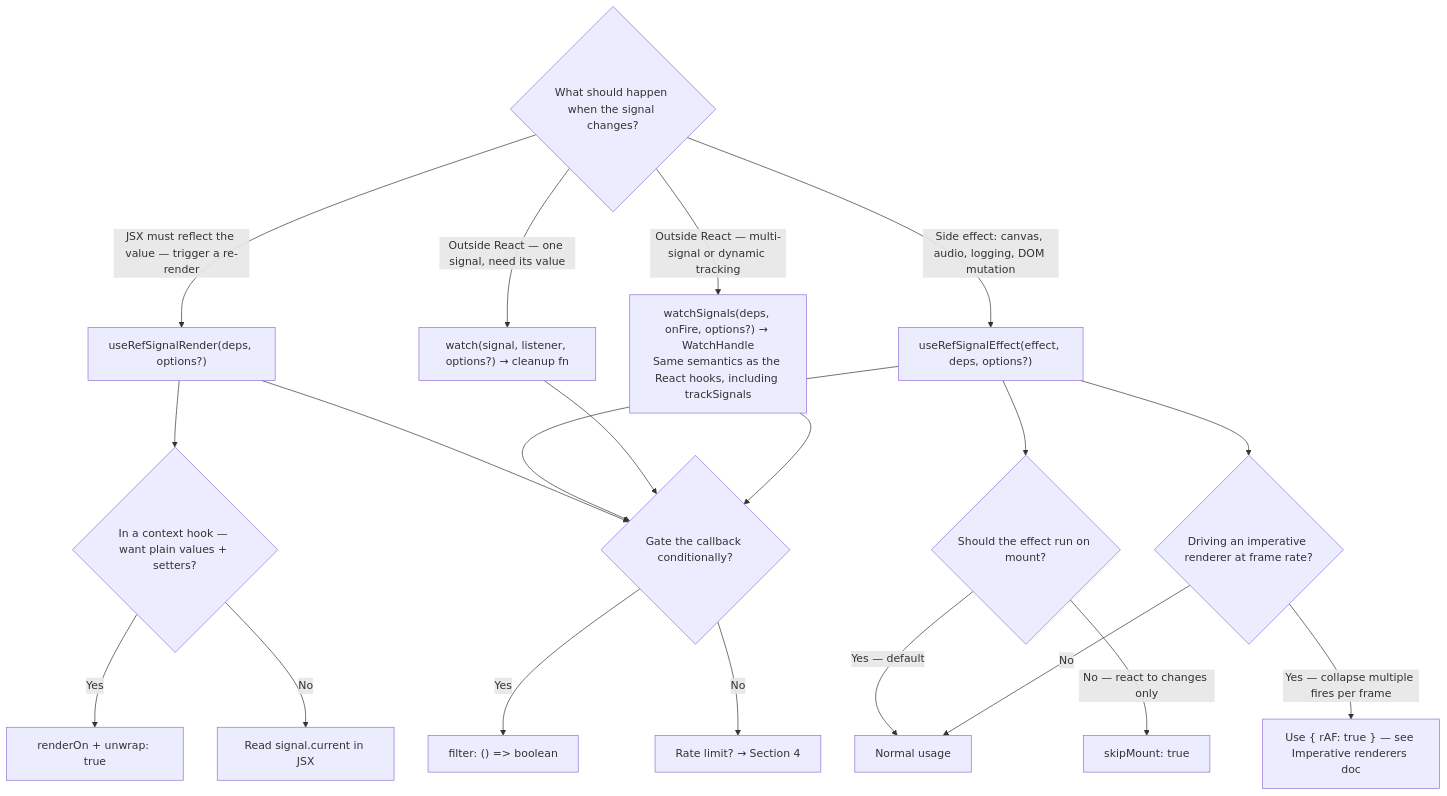
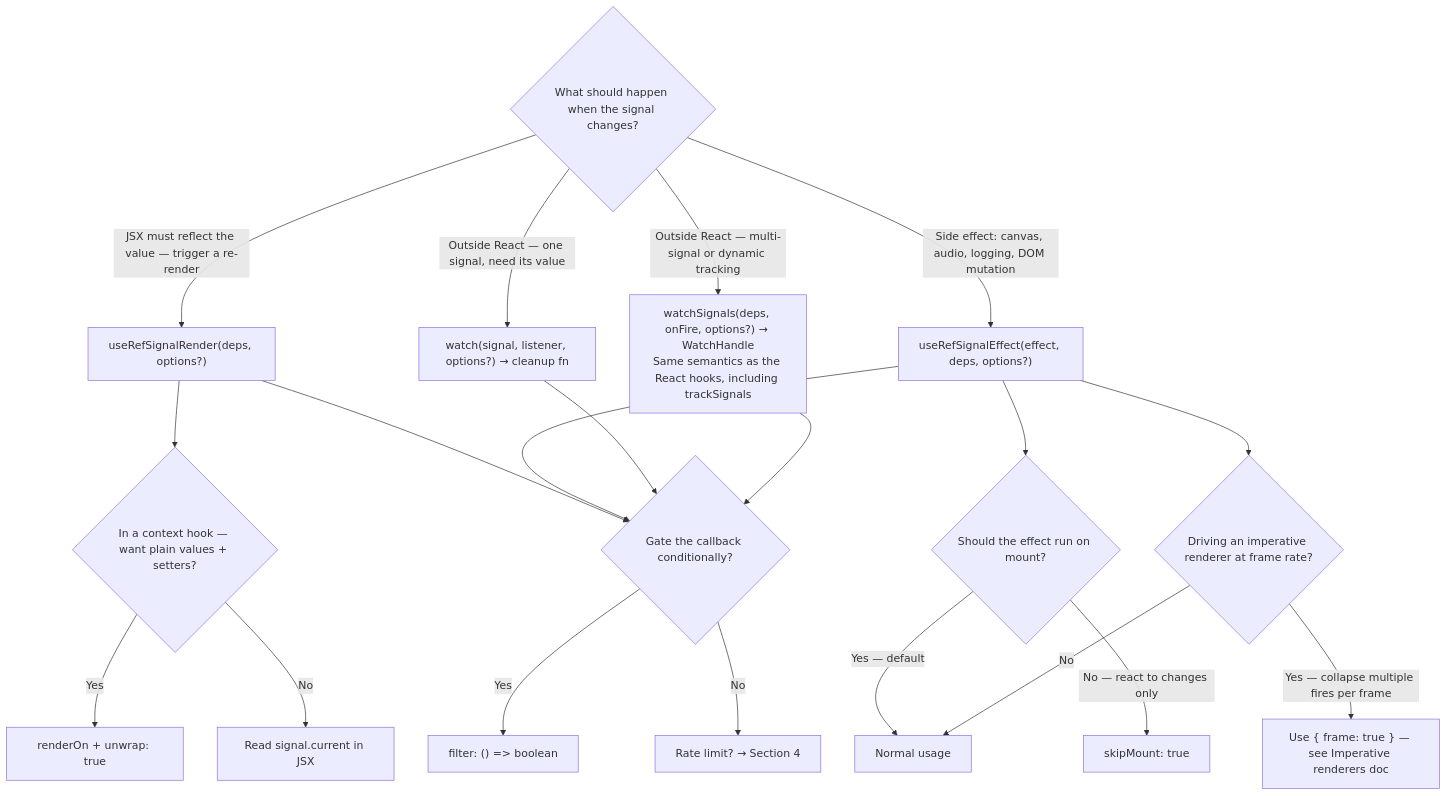
One commit to jav974/react-refsignal changed the third of 12 diagrams in docs/decision-tree.md. Above: the diagram before and after it, drawn with Mermaid. The commit also changed other lines of this file and 25 other files, not shown here.

````diff
--- a/docs/decision-tree.md
+++ b/docs/decision-tree.md
@@ -71,25 +71,25 @@
 ```mermaid
 flowchart TD
     Q1{"What should happen when the signal changes?"}
 
     Q1 -->|"JSX must reflect the value — trigger a re-render"| A["useRefSignalRender(deps, options?)"]
     Q1 -->|"Side effect: canvas, audio, logging, DOM mutation"| B["useRefSignalEffect(effect, deps, options?)"]
     Q1 -->|"Outside React — one signal, need its value"| C["watch(signal, listener, options?) → cleanup fn"]
     Q1 -->|"Outside React — multi-signal or dynamic tracking"| CS["watchSignals(deps, onFire, options?) → WatchHandle\nSame semantics as the React hooks, including trackSignals"]
 
     A --> Q2{"In a context hook — want plain values + setters?"}
     Q2 -->|Yes| D["renderOn + unwrap: true"]
     Q2 -->|No| E["Read signal.current in JSX"]
 
     B --> Q3{"Should the effect run on mount?"}
     Q3 -->|"Yes — default"| F[Normal usage]
     Q3 -->|"No — react to changes only"| G["skipMount: true"]
 
     B --> Q3b{"Driving an imperative renderer at frame rate?"}
-    Q3b -->|"Yes — collapse multiple fires per frame"| Ga["Use { rAF: true } — see Imperative renderers doc"]
+    Q3b -->|"Yes — collapse multiple fires per frame"| Ga["Use { frame: true } — see Imperative renderers doc"]
     Q3b -->|No| F
 
     A & B & C & CS --> Q4{"Gate the callback conditionally?"}
     Q4 -->|Yes| H["filter: () => boolean"]
     Q4 -->|No| I["Rate limit? → Section 4"]
 ```
````
